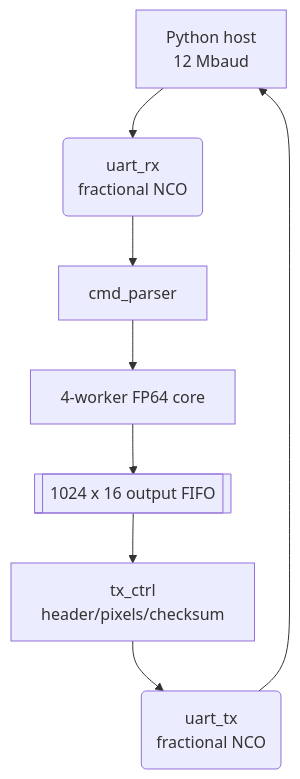
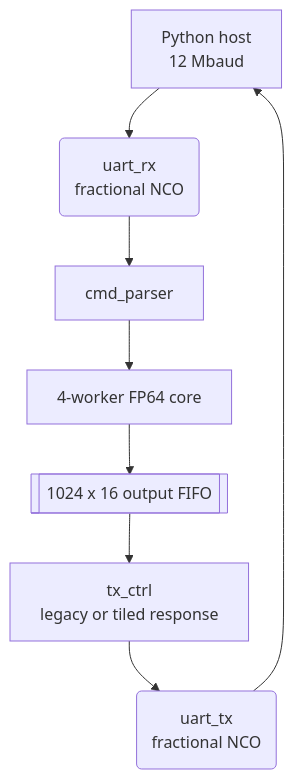
Before and after one commit to RESBI/FPGA-Mandelbrot-Demo: diagram 14 of 16 in ARCHITECTURE.md, drawn with Mermaid. The commit also changed other lines of this file and 11 other files, not shown here.

Commit message:
Add tiled response protocol and host tile benchmarks

````diff
--- a/ARCHITECTURE.md
+++ b/ARCHITECTURE.md
@@ -729,10 +729,10 @@
 ```mermaid
 flowchart TB
     HOST["Python host<br/>12 Mbaud"] --> RX("uart_rx<br/>fractional NCO")
     RX --> CMD["cmd_parser"]
     CMD --> CORE["4-worker FP64 core"]
     CORE --> OFIFO[["1024 x 16 output FIFO"]]
-    OFIFO --> TXC["tx_ctrl<br/>header/pixels/checksum"]
+    OFIFO --> TXC["tx_ctrl<br/>legacy or tiled response"]
     TXC --> TX("uart_tx<br/>fractional NCO")
     TX --> HOST
 ```
````
